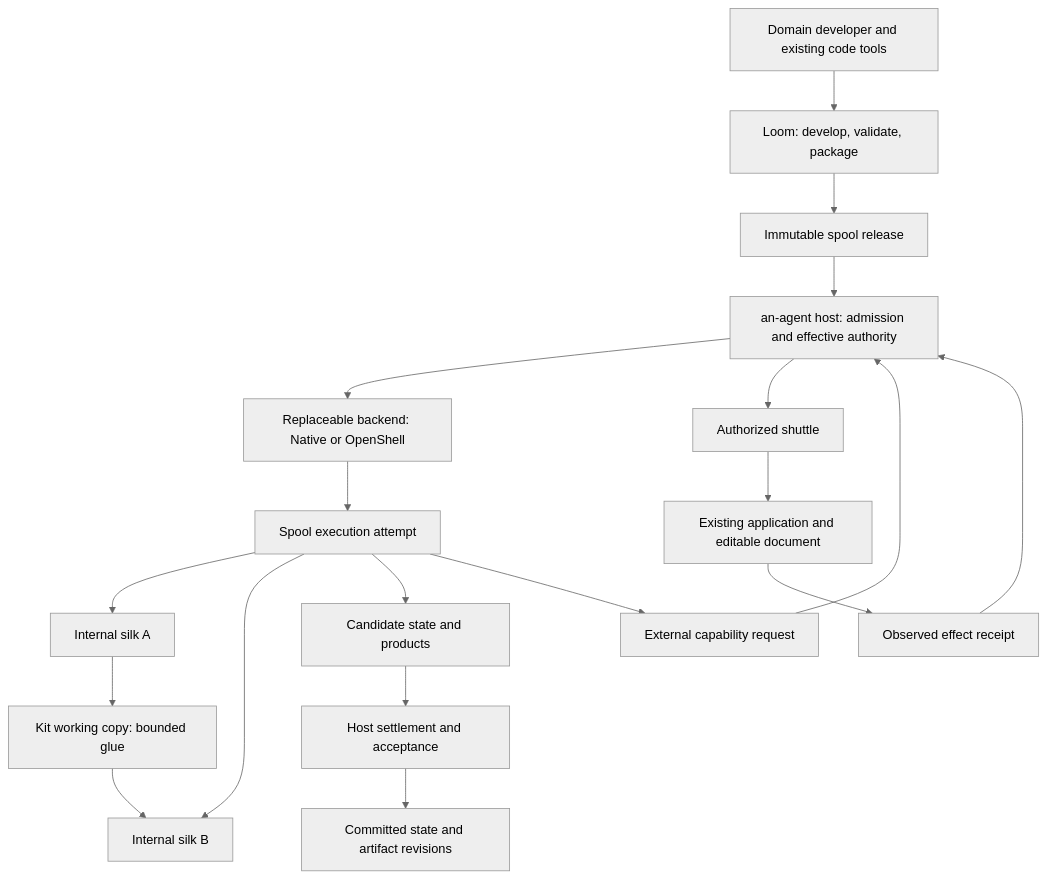
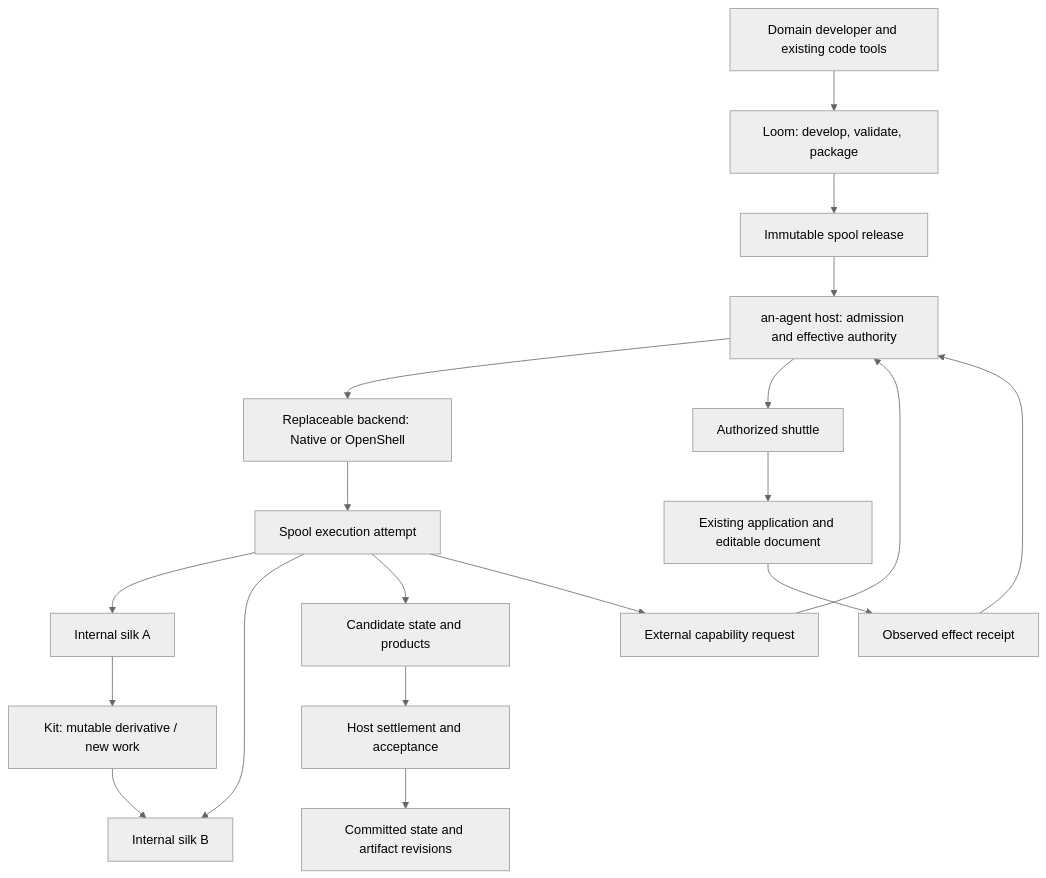
One commit to lazyalexander/an-agent changed the diagram in doc/architecture.md. Above: the diagram before and after it, drawn with Mermaid (neutral theme). The commit also changed other lines of this file and 10 other files, not shown here.

Commit message:
Define silk baseline and kit derivative content labels

````diff
--- a/doc/architecture.md
+++ b/doc/architecture.md
@@ -23,21 +23,21 @@
 ```mermaid
 flowchart TB
     Developer[Domain developer and existing code tools] --> Loom[Loom: develop, validate, package]
     Loom --> Release[Immutable spool release]
     Release --> Host[an-agent host: admission and effective authority]
     Host --> Backend[Replaceable backend: Native or OpenShell]
     Backend --> Attempt[Spool execution attempt]
     Attempt --> A[Internal silk A]
     Attempt --> B[Internal silk B]
-    A --> K[Kit working copy: bounded glue]
+    A --> K[Kit: mutable derivative / new work]
     K --> B
     Attempt --> Output[Candidate state and products]
     Output --> Acceptance[Host settlement and acceptance]
     Acceptance --> Custody[Committed state and artifact revisions]
     Attempt --> Request[External capability request]
     Request --> Host
     Host --> Shuttle[Authorized shuttle]
     Shuttle --> App[Existing application and editable document]
     App --> Receipt[Observed effect receipt]
     Receipt --> Host
 ```
````
